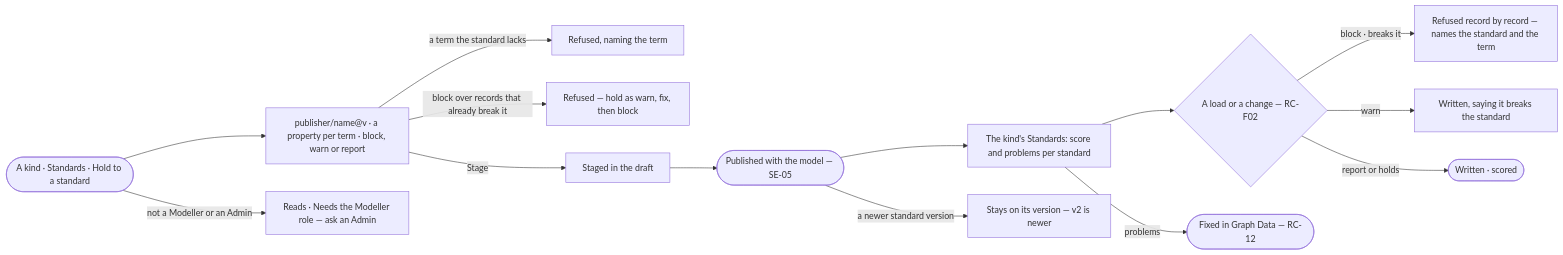
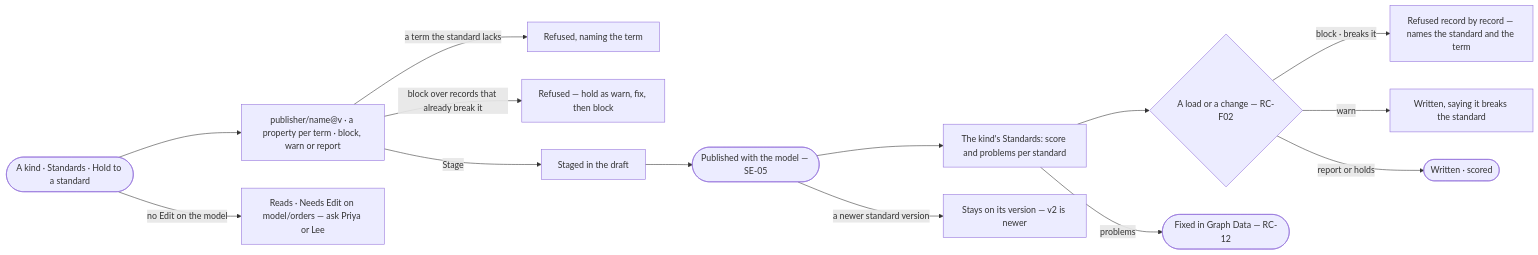
One commit to invana/invana changed the diagram in specs/capabilities/semantics/features/SE-F07-rules/stories/SE-19-hold-a-kind-to-a-standard/story.md. Above: the diagram before and after it, drawn with Mermaid. The commit also changed other lines of this file and 47 other files, not shown here.

````diff
--- a/specs/capabilities/semantics/features/SE-F07-rules/stories/SE-19-hold-a-kind-to-a-standard/story.md
+++ b/specs/capabilities/semantics/features/SE-F07-rules/stories/SE-19-hold-a-kind-to-a-standard/story.md
@@ -29,15 +29,15 @@
 ```mermaid
 flowchart LR
   a([A kind · Standards · Hold to a standard]) --> s["publisher/name@v · a property per term · block, warn or report"]
   s -->|a term the standard lacks| x1["Refused, naming the term"]
   s -->|block over records that already break it| x2["Refused — hold as warn, fix, then block"]
   s -->|Stage| d["Staged in the draft"] --> pub(["Published with the model — SE-05"])
   pub --> c["The kind's Standards: score and problems per standard"]
   c --> ld{A load or a change — RC-F02}
   ld -->|block · breaks it| b["Refused record by record — names the standard and the term"]
   ld -->|warn| w["Written, saying it breaks the standard"]
   ld -->|report or holds| r(["Written · scored"])
   c -->|problems| q(["Fixed in Graph Data — RC-12"])
   pub -->|a newer standard version| pin["Stays on its version — v2 is newer"]
-  a -->|not a Modeller or an Admin| na["Reads · Needs the Modeller role — ask an Admin"]
+  a -->|no Edit on the model| na["Reads · Needs Edit on model/orders — ask Priya or Lee"]
 ```
````
